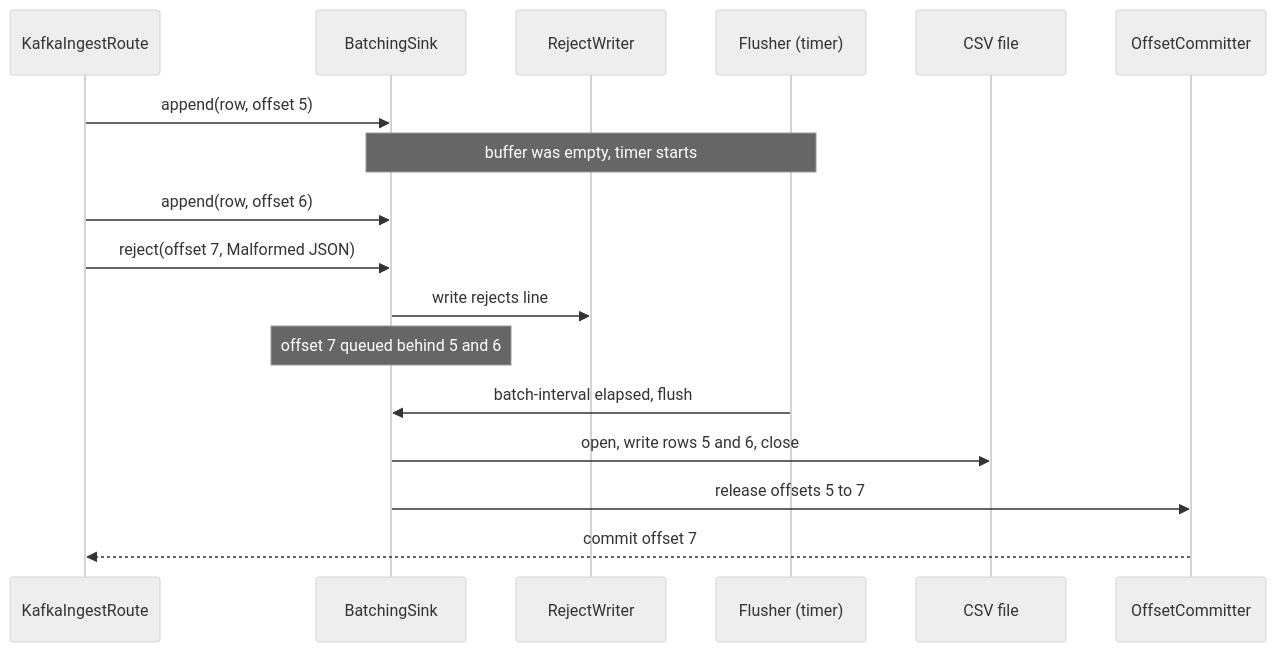
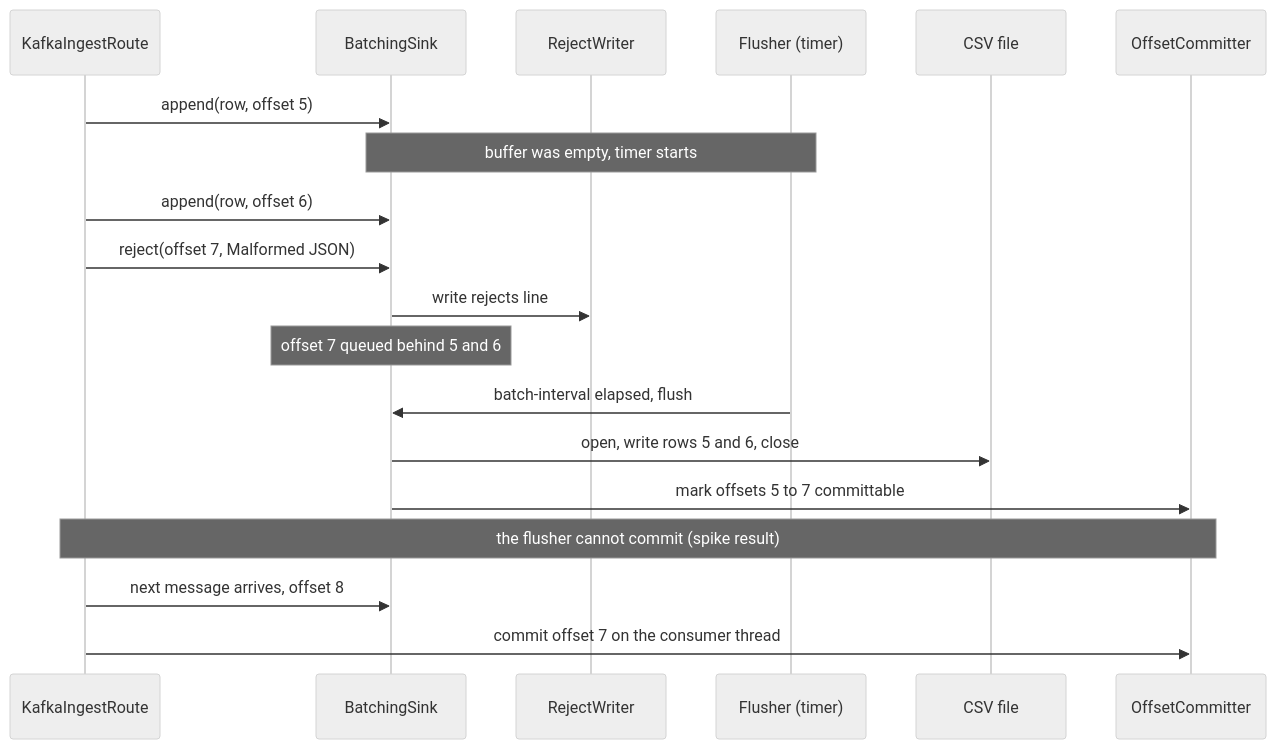
One commit to shanregs/msg-transformer changed the sixth of 7 diagrams in docs/c4-camel-batch-writer.md. Above: the diagram before and after it, drawn with Mermaid (neutral theme). The commit also changed other lines of this file and 1 other file, not shown here.

Commit message:
Record step 0 spike results in the Camel batch writer design

````diff
--- a/docs/c4-camel-batch-writer.md
+++ b/docs/c4-camel-batch-writer.md
@@ -186,20 +186,22 @@
 ```mermaid
 sequenceDiagram
     participant R as KafkaIngestRoute
     participant S as BatchingSink
     participant J as RejectWriter
     participant X as Flusher (timer)
     participant F as CSV file
     participant C as OffsetCommitter
 
     R->>S: append(row, offset 5)
     Note over S,X: buffer was empty, timer starts
     R->>S: append(row, offset 6)
     R->>S: reject(offset 7, Malformed JSON)
     S->>J: write rejects line
     Note over S: offset 7 queued behind 5 and 6
     X->>S: batch-interval elapsed, flush
     S->>F: open, write rows 5 and 6, close
-    S->>C: release offsets 5 to 7
-    C-->>R: commit offset 7
+    S->>C: mark offsets 5 to 7 committable
+    Note over C,R: the flusher cannot commit (spike result)
+    R->>S: next message arrives, offset 8
+    R->>C: commit offset 7 on the consumer thread
 ```
````
